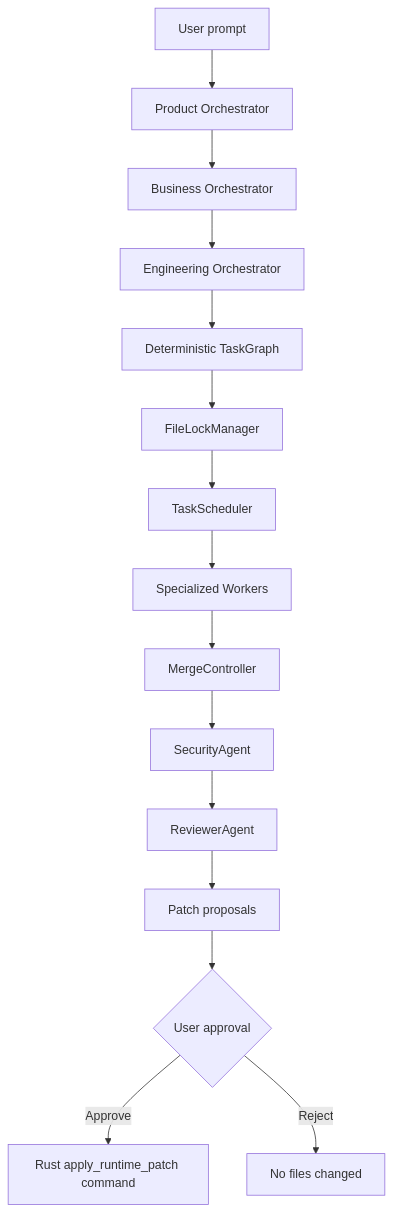
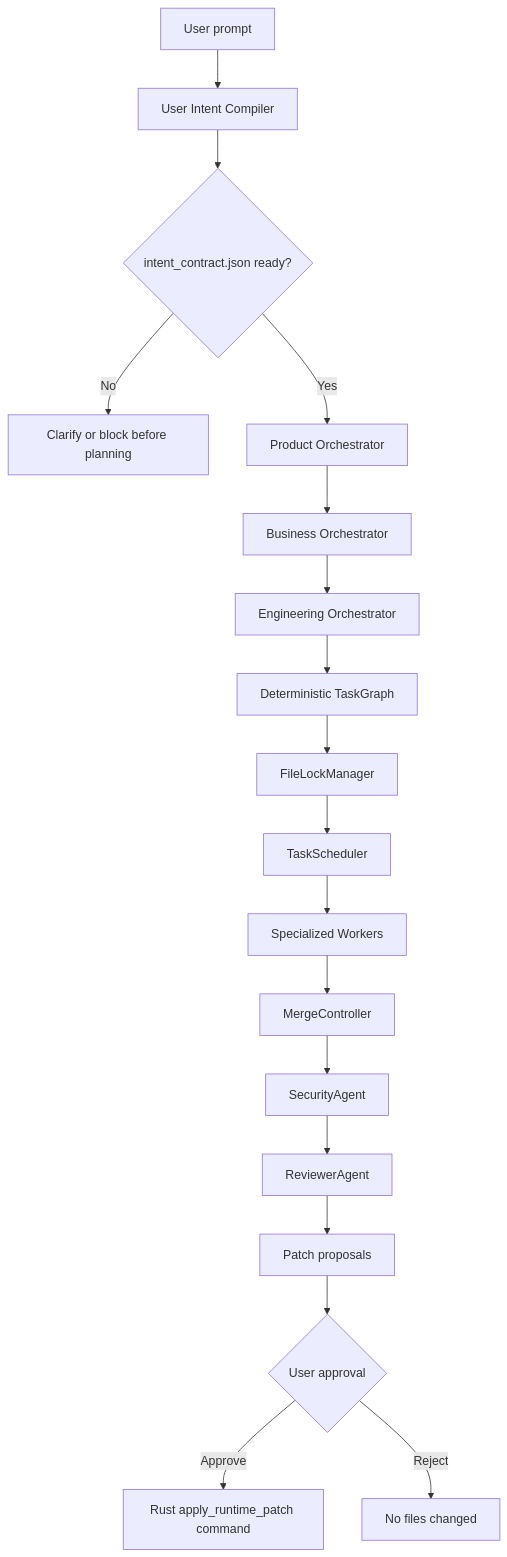
Before and after one commit to abdoabozena7/OrchCode_Studio_-Multi-Agent-Coding-System-: the diagram in docs/orchestration-flow.md, drawn with Mermaid. The commit also changed other lines of this file and 102 other files, not shown here.

````diff
--- a/docs/orchestration-flow.md
+++ b/docs/orchestration-flow.md
@@ -3,17 +3,20 @@
 ```mermaid
 flowchart TD
-  U["User prompt"] --> P["Product Orchestrator"]
+  U["User prompt"] --> I["User Intent Compiler"]
+  I --> C{"intent_contract.json ready?"}
+  C -->|No| Block["Clarify or block before planning"]
+  C -->|Yes| P["Product Orchestrator"]
   P --> B["Business Orchestrator"]
   B --> E["Engineering Orchestrator"]
   E --> G["Deterministic TaskGraph"]
   G --> L["FileLockManager"]
   L --> S["TaskScheduler"]
   S --> W["Specialized Workers"]
   W --> M["MergeController"]
   M --> Sec["SecurityAgent"]
   Sec --> R["ReviewerAgent"]
   R --> PP["Patch proposals"]
   PP --> A{"User approval"}
   A -->|Approve| Rust["Rust apply_runtime_patch command"]
   A -->|Reject| Stop["No files changed"]
 ```
````
